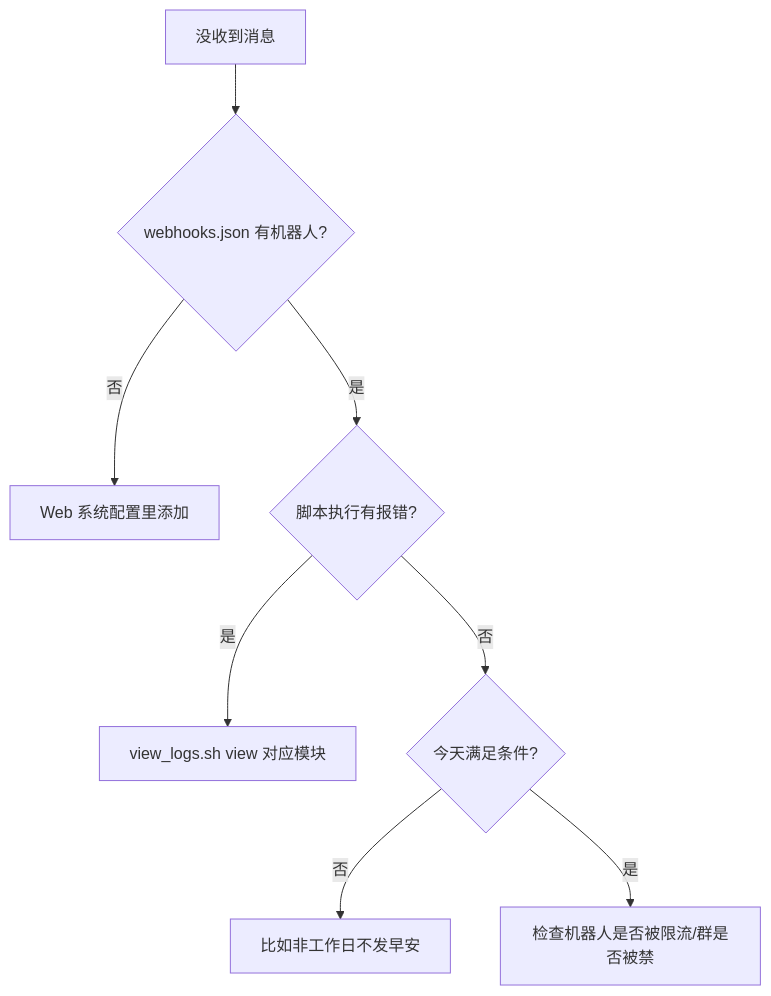
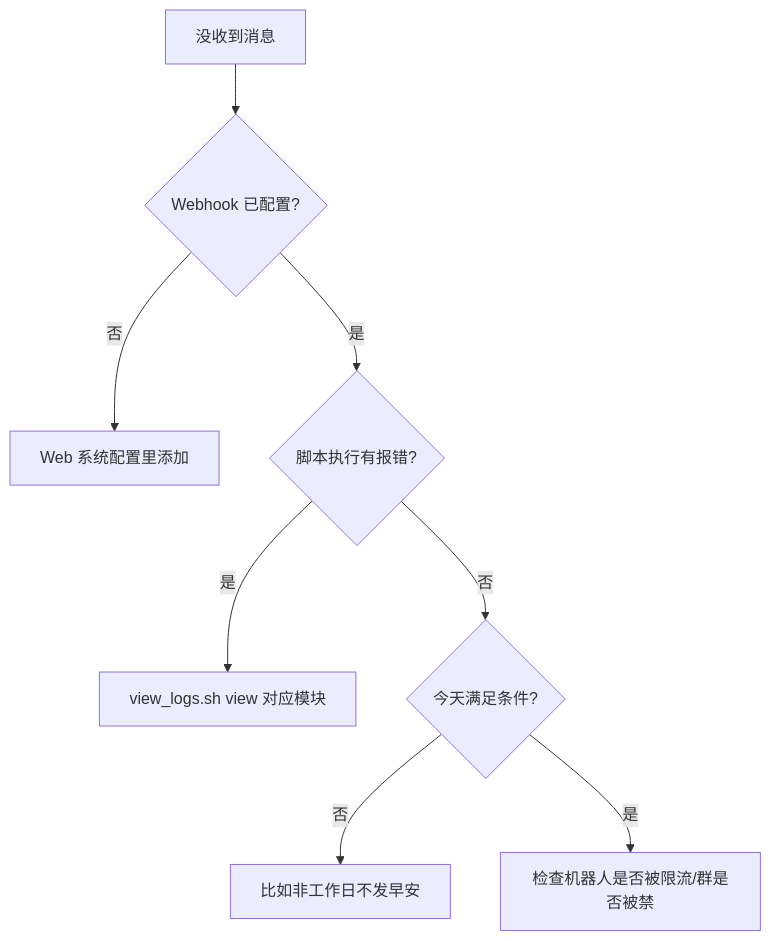
One commit to 20140125/helper changed the diagram in docs/04-跑通第一个提醒.md. Above: the diagram before and after it, drawn with Mermaid. The commit also changed other lines of this file and 439 other files, not shown here.

````diff
--- a/docs/04-跑通第一个提醒.md
+++ b/docs/04-跑通第一个提醒.md
@@ -96,10 +92,10 @@
 ```mermaid
 graph TD
-    A["没收到消息"] --> B{"webhooks.json 有机器人?"}
+    A["没收到消息"] --> B{"Webhook 已配置?"}
     B -->|否| B1["Web 系统配置里添加"]
     B -->|是| C{"脚本执行有报错?"}
     C -->|是| C1["view_logs.sh view 对应模块"]
     C -->|否| D{"今天满足条件?"}
     D -->|否| D1["比如非工作日不发早安"]
     D -->|是| E["检查机器人是否被限流/群是否被禁"]
 ```
````
